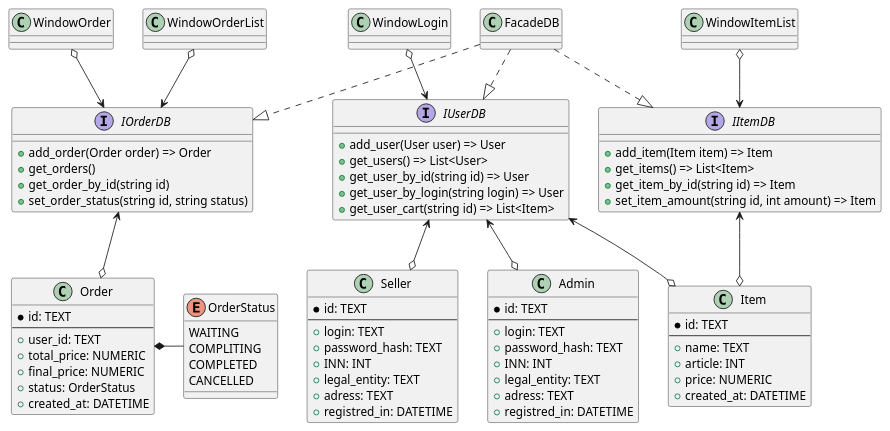
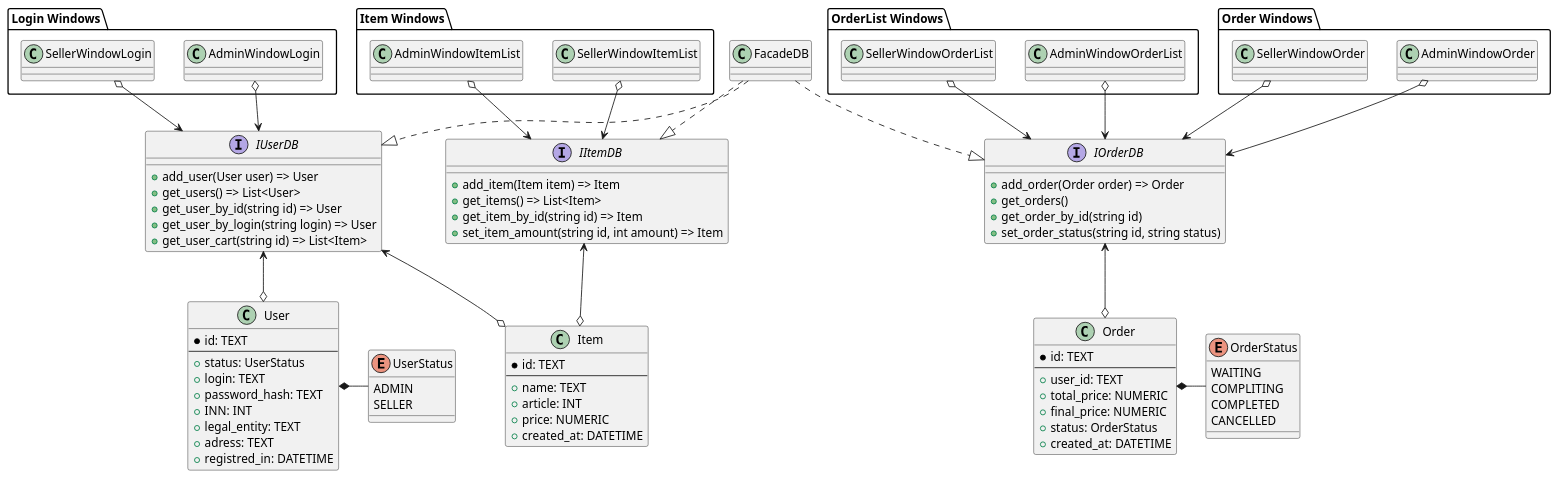
Before and after one commit to BombasticFantastik/PIS_Course_work: the diagram in uml-диаграммы/Диаграмма классов/Диаграмма_классов_better.puml, drawn with PlantUML. The commit also changed 11 other files, not shown here.

```diff
--- a/uml-диаграммы/Диаграмма классов/Диаграмма_классов_better.puml
+++ b/uml-диаграммы/Диаграмма классов/Диаграмма_классов_better.puml
@@ -1,99 +1,115 @@
 @startuml Диаграмма классов
  
 class FacadeDB
  
 interface IUserDB {
   + add_user(User user) => User
   + get_users() => List<User>
   + get_user_by_id(string id) => User
   + get_user_by_login(string login) => User
   + get_user_cart(string id) => List<Item>
 }
  
 interface IItemDB {
   + add_item(Item item) => Item
   + get_items() => List<Item>
   + get_item_by_id(string id) => Item
   + set_item_amount(string id, int amount) => Item
 }
  
 interface IOrderDB {
   + add_order(Order order) => Order
   + get_orders()
   + get_order_by_id(string id)
   + set_order_status(string id, string status)
 }
  
 FacadeDB ..|> IUserDB
 FacadeDB ..|> IItemDB
 FacadeDB ..|> IOrderDB
  
-IUserDB <--o Admin
-IUserDB <--o Seller
+IUserDB <--o User
+
 IUserDB <--o Item
 IItemDB <--o Item
 IOrderDB <--o Order
  
-class Admin {
+
+
+
+class User {
   * id: TEXT
   --
+  + status: UserStatus
   + login: TEXT
   + password_hash: TEXT
   + INN: INT
   + legal_entity: TEXT
   + adress: TEXT
   + registred_in: DATETIME
 }
 
-
-class Seller {
-  * id: TEXT
-  --
-  + login: TEXT
-  + password_hash: TEXT
-  + INN: INT
-  + legal_entity: TEXT
-  + adress: TEXT
-  + registred_in: DATETIME
+enum UserStatus {
+  ADMIN
+  SELLER
 }
+ 
+User *- UserStatus
  
  
 
  
 class Item {
   * id: TEXT
   --
   + name: TEXT
   + article: INT
   + price: NUMERIC
   + created_at: DATETIME
 }
  
 class Order {
   * id: TEXT
   --
   + user_id: TEXT
   + total_price: NUMERIC
   + final_price: NUMERIC
   + status: OrderStatus
   + created_at: DATETIME
 }
  
 enum OrderStatus {
   WAITING
   COMPLITING
   COMPLETED
   CANCELLED
 }
  
 Order *- OrderStatus
  
 ' WINDOWS
  
-WindowLogin o--> IUserDB
+package "Item Windows" {
+SellerWindowItemList o--> IItemDB
+AdminWindowItemList o--> IItemDB
+}
+package "Order Windows" {
+AdminWindowOrder o--> IOrderDB
+SellerWindowOrder o--> IOrderDB
+}
 
-WindowItemList o--> IItemDB
-WindowOrderList o--> IOrderDB
-WindowOrder o--> IOrderDB
+package "Login Windows" {
+AdminWindowLogin o--> IUserDB
+SellerWindowLogin o--> IUserDB
+}
+
+
+
+package "OrderList Windows" {
+AdminWindowOrderList o--> IOrderDB
+SellerWindowOrderList o--> IOrderDB
+}
+
+
  
 @enduml
```
